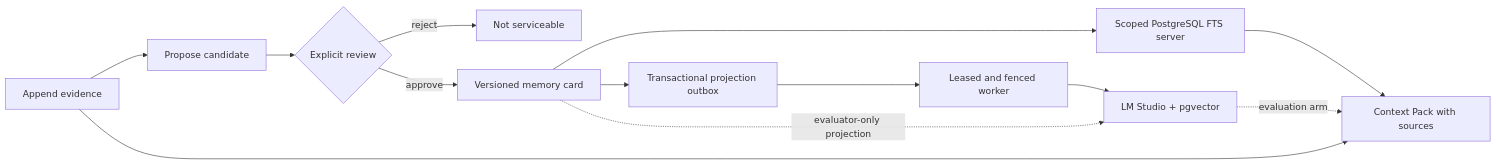
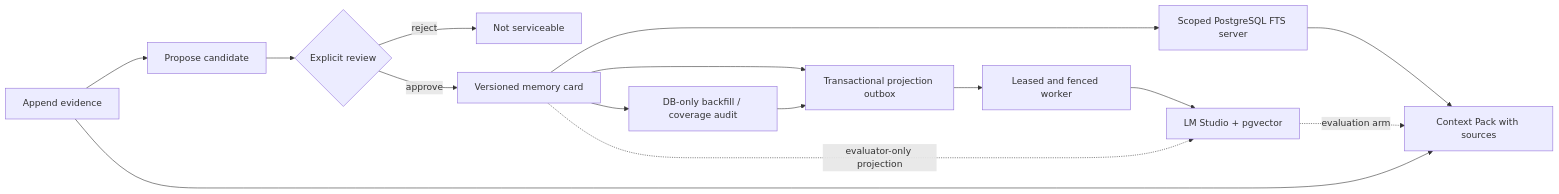
Before and after one commit to ksana-ai/agent-memory-system: the diagram in README.md, drawn with Mermaid. The commit also changed other lines of this file and 19 other files, not shown here.

````diff
--- a/README.md
+++ b/README.md
@@ -11,15 +11,17 @@
 ```mermaid
 flowchart LR
     E[Append evidence] --> C[Propose candidate]
     C --> R{Explicit review}
     R -->|reject| X[Not serviceable]
     R -->|approve| M[Versioned memory card]
     M --> S[Scoped PostgreSQL FTS server]
     M --> O[Transactional projection outbox]
+    M --> B[DB-only backfill / coverage audit]
+    B --> O
     O --> W[Leased and fenced worker]
     W --> V[LM Studio + pgvector]
     M -. evaluator-only projection .-> V
     E --> P[Context Pack with sources]
     S --> P
     V -. evaluation arm .-> P
 ```
````
